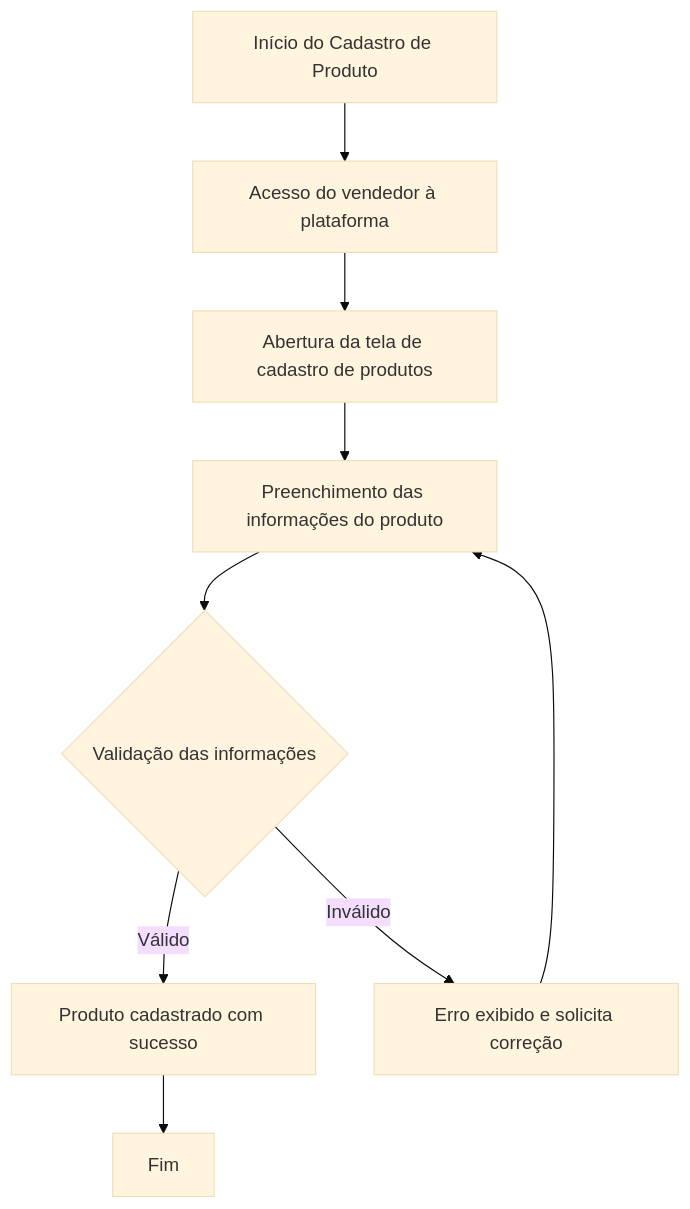
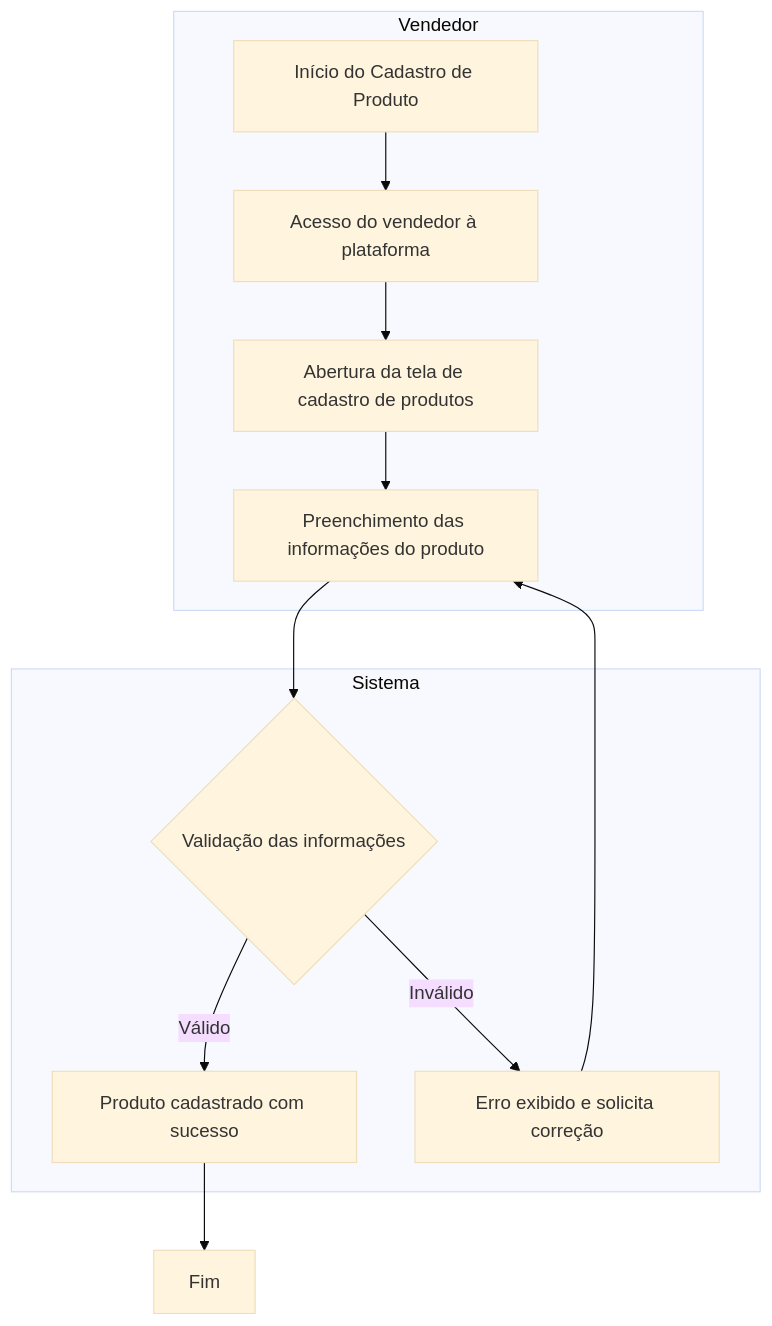
Before and after one commit to giovanni1351/EngenhariaDeSoftwareProjeto: the seventh of 7 diagrams in README.md, drawn with Mermaid (base theme). The commit also changed other lines of this file, not shown here.

````diff
--- a/README.md
+++ b/README.md
@@ -228,11 +303,17 @@
 ```mermaid
 graph TD;
-    A[Início do Cadastro de Produto] --> B[Acesso do vendedor à plataforma]
-    B --> C[Abertura da tela de cadastro de produtos]
-    C --> D[Preenchimento das informações do produto]
-    D --> E{Validação das informações}
-    E -->|Válido| F[Produto cadastrado com sucesso]
-    E -->|Inválido| G[Erro exibido e solicita correção]
+    subgraph Vendedor["Vendedor"]
+        A[Início do Cadastro de Produto] --> B[Acesso do vendedor à plataforma]
+        B --> C[Abertura da tela de cadastro de produtos]
+        C --> D[Preenchimento das informações do produto]
+    end
+    
+    subgraph Sistema["Sistema"]
+        D --> E{Validação das informações}
+        E -->|Válido| F[Produto cadastrado com sucesso]
+        E -->|Inválido| G[Erro exibido e solicita correção]
+    end
+    
     G --> D
     F --> H[Fim]
 ```
````
